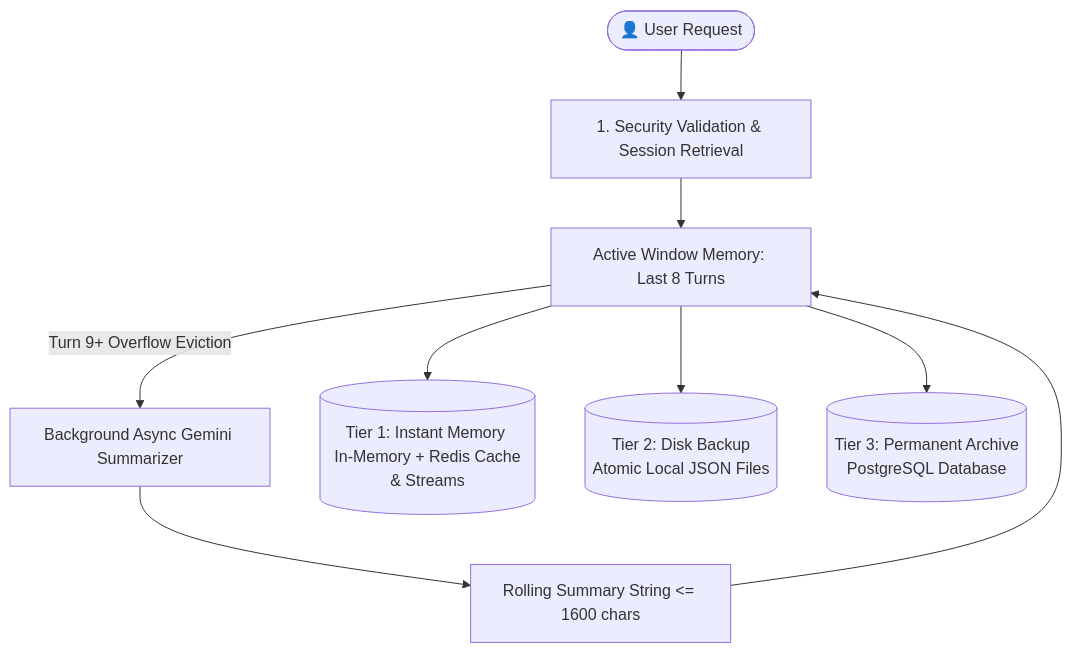
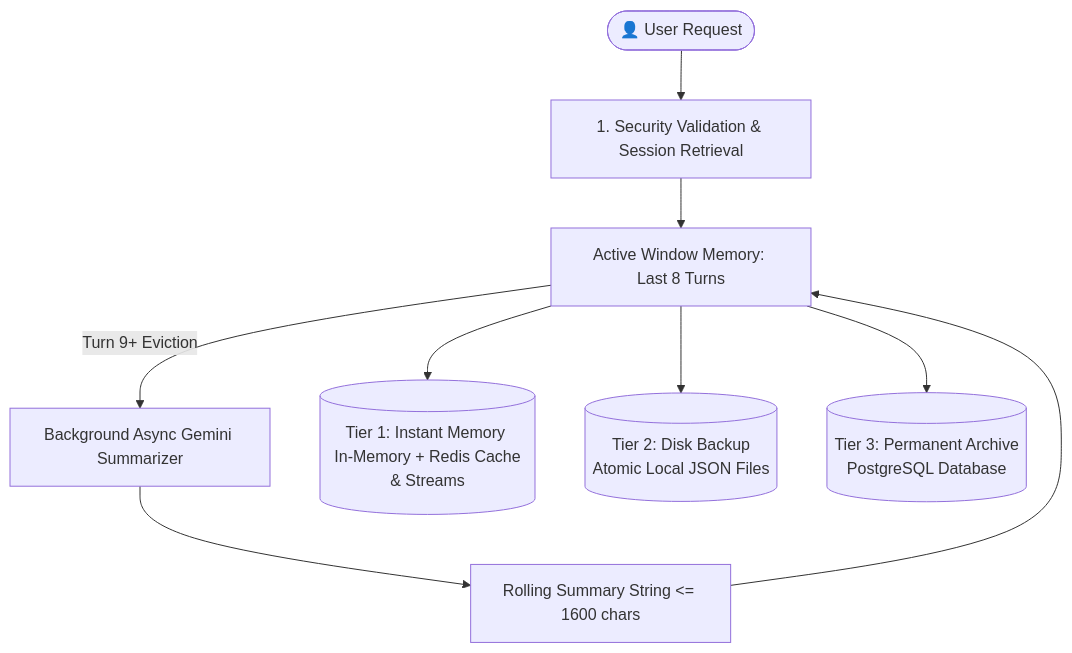
One commit to Vuth-Menghuor/chatbot_review changed the second of 3 diagrams in services_version2/orchestrator/docs/session_context_and_conversation_management.md. Above: the diagram before and after it, drawn with Mermaid. The commit also changed other lines of this file and 55 other files, not shown here.

Commit message:
feat: update chatbot frontend and orchestration flow

````diff
--- a/services_version2/orchestrator/docs/session_context_and_conversation_management.md
+++ b/services_version2/orchestrator/docs/session_context_and_conversation_management.md
@@ -61,13 +64,13 @@
 ```mermaid
 graph TD
     User([👤 User Request]) --> Step1[1. Security Validation & Session Retrieval]
     Step1 --> ActiveMem[Active Window Memory: Last 8 Turns]
     
-    ActiveMem -- Turn 9+ Overflow Eviction --> Summarizer[Background Async Gemini Summarizer]
+    ActiveMem -- Turn 9+ Eviction --> Summarizer[Background Async Gemini Summarizer]
     Summarizer --> RollingSummary[Rolling Summary String <= 1600 chars]
     RollingSummary --> ActiveMem
     
     ActiveMem --> Tier1[(Tier 1: Instant Memory <br/> In-Memory + Redis Cache & Streams)]
     ActiveMem --> Tier2[(Tier 2: Disk Backup <br/> Atomic Local JSON Files)]
     ActiveMem --> Tier3[(Tier 3: Permanent Archive <br/> PostgreSQL Database)]
 ```
````
